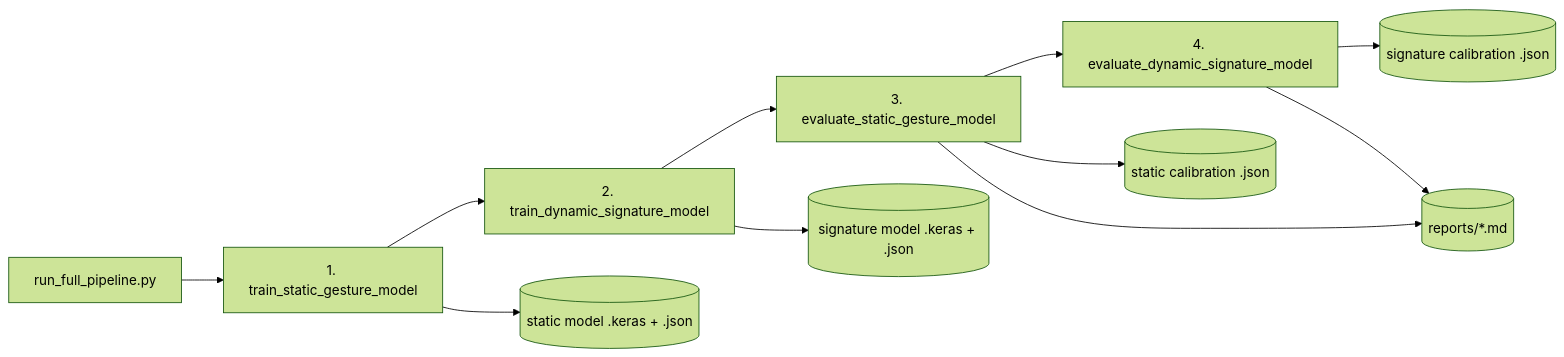
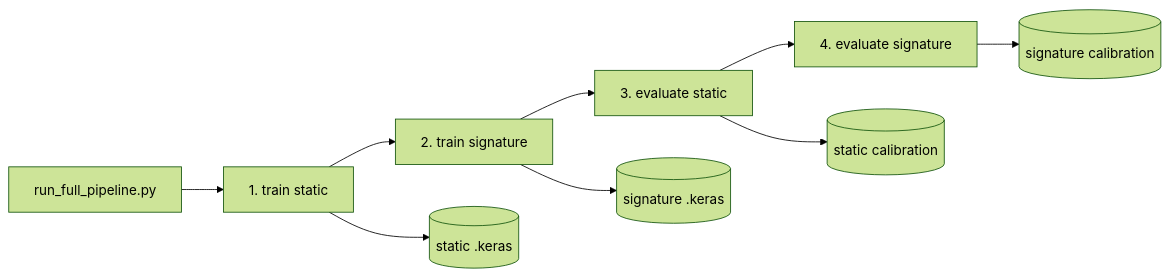
One commit to Arshad1231/AirAuth_gestureBased-Authentication changed the fifth of 5 diagrams in Guide/AirAuth_Project_Guide.md. Above: the diagram before and after it, drawn with Mermaid (forest theme). The commit also changed other lines of this file and 1 other file, not shown here.

````diff
--- a/Guide/AirAuth_Project_Guide.md
+++ b/Guide/AirAuth_Project_Guide.md
@@ -282,12 +420,11 @@
 ```mermaid
 flowchart LR
-    A[run_full_pipeline.py] --> B[1. train_static_gesture_model]
-    B --> C[2. train_dynamic_signature_model]
-    C --> D[3. evaluate_static_gesture_model]
-    D --> E[4. evaluate_dynamic_signature_model]
-    B --> M1[(static model .keras + .json)]
-    C --> M2[(signature model .keras + .json)]
-    D --> C1[(static calibration .json)]
-    E --> C2[(signature calibration .json)]
-    D & E --> R[(reports/*.md)]
+    A[run_full_pipeline.py] --> B[1. train static]
+    B --> C[2. train signature]
+    C --> D[3. evaluate static]
+    D --> E[4. evaluate signature]
+    B --> M1[(static .keras)]
+    C --> M2[(signature .keras)]
+    D --> C1[(static calibration)]
+    E --> C2[(signature calibration)]
 ```
````
